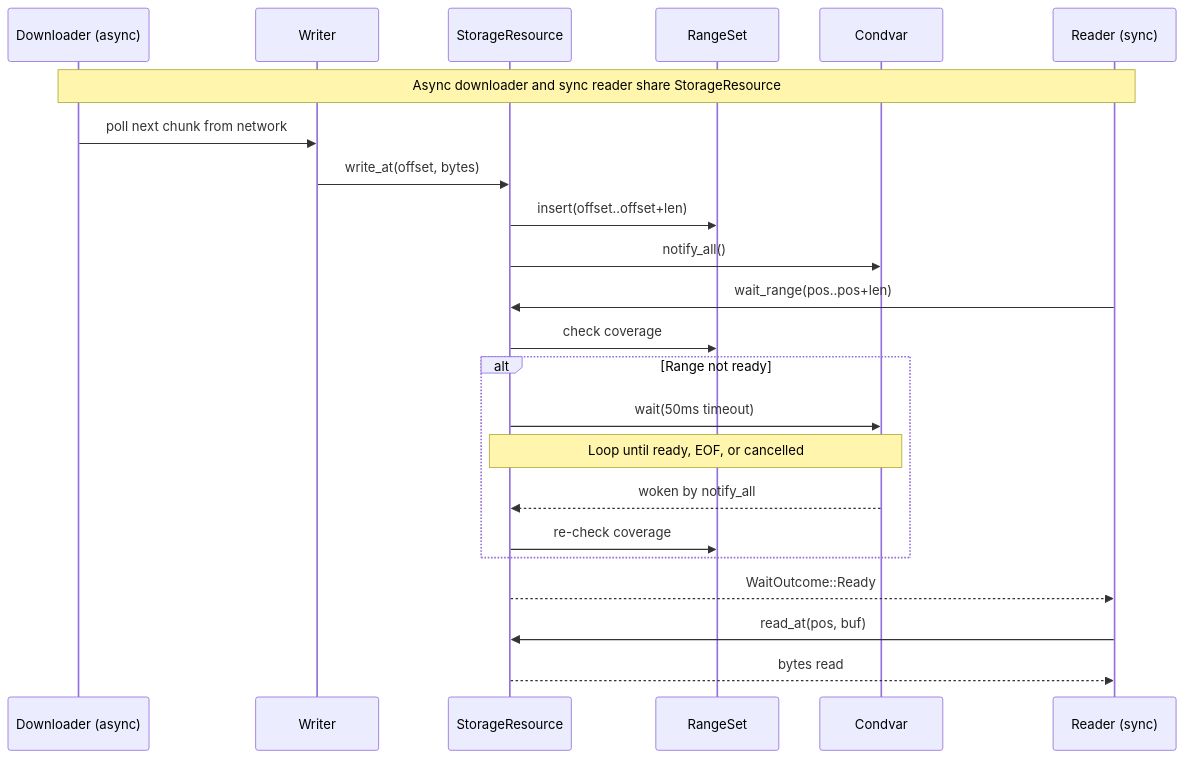
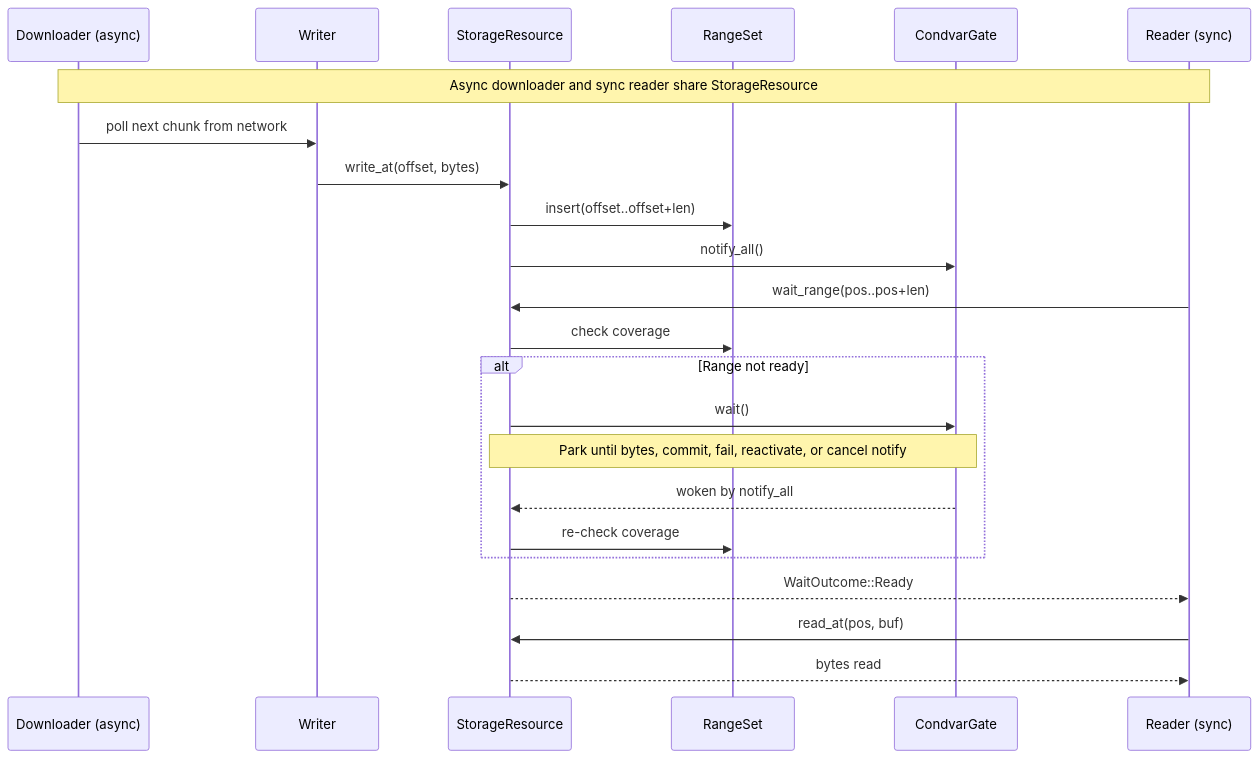
The diagram in crates/kithara-storage/CONTEXT.md (zvuk/kithara), drawn with Mermaid before and after one commit. The commit also changed other lines of this file and 303 other files, not shown here.

````diff
--- a/crates/kithara-storage/CONTEXT.md
+++ b/crates/kithara-storage/CONTEXT.md
@@ -7,29 +7,29 @@
 ```mermaid
 sequenceDiagram
     participant DL as Downloader (async)
     participant W as Writer
     participant SR as StorageResource
     participant RS as RangeSet
-    participant CV as Condvar
+    participant G as CondvarGate
     participant R as Reader (sync)
 
     Note over DL,R: Async downloader and sync reader share StorageResource
 
     DL->>W: poll next chunk from network
     W->>SR: write_at(offset, bytes)
     SR->>RS: insert(offset..offset+len)
-    SR->>CV: notify_all()
+    SR->>G: notify_all()
 
     R->>SR: wait_range(pos..pos+len)
     SR->>RS: check coverage
     alt Range not ready
-        SR->>CV: wait(50ms timeout)
-        Note over SR,CV: Loop until ready, EOF, or cancelled
-        CV-->>SR: woken by notify_all
+        SR->>G: wait()
+        Note over SR,G: Park until bytes, commit, fail, reactivate, or cancel notify
+        G-->>SR: woken by notify_all
         SR->>RS: re-check coverage
     end
     SR-->>R: WaitOutcome::Ready
 
     R->>SR: read_at(pos, buf)
     SR-->>R: bytes read
 ```
````
